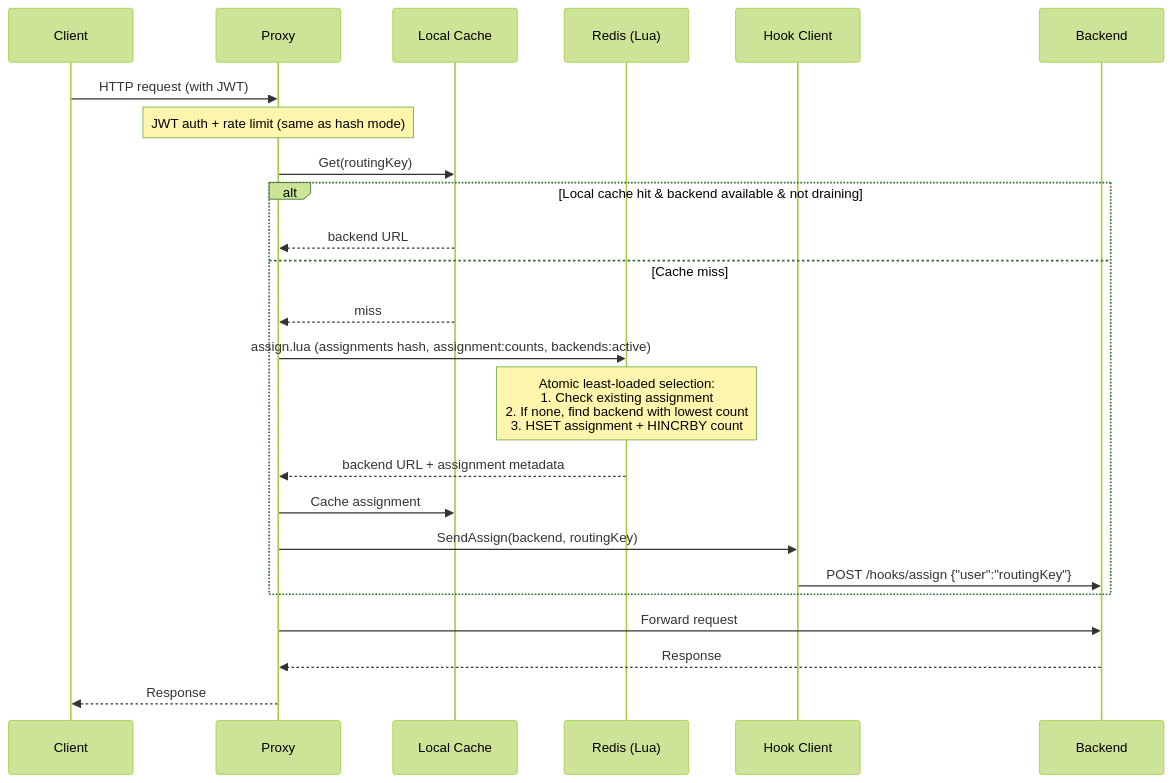
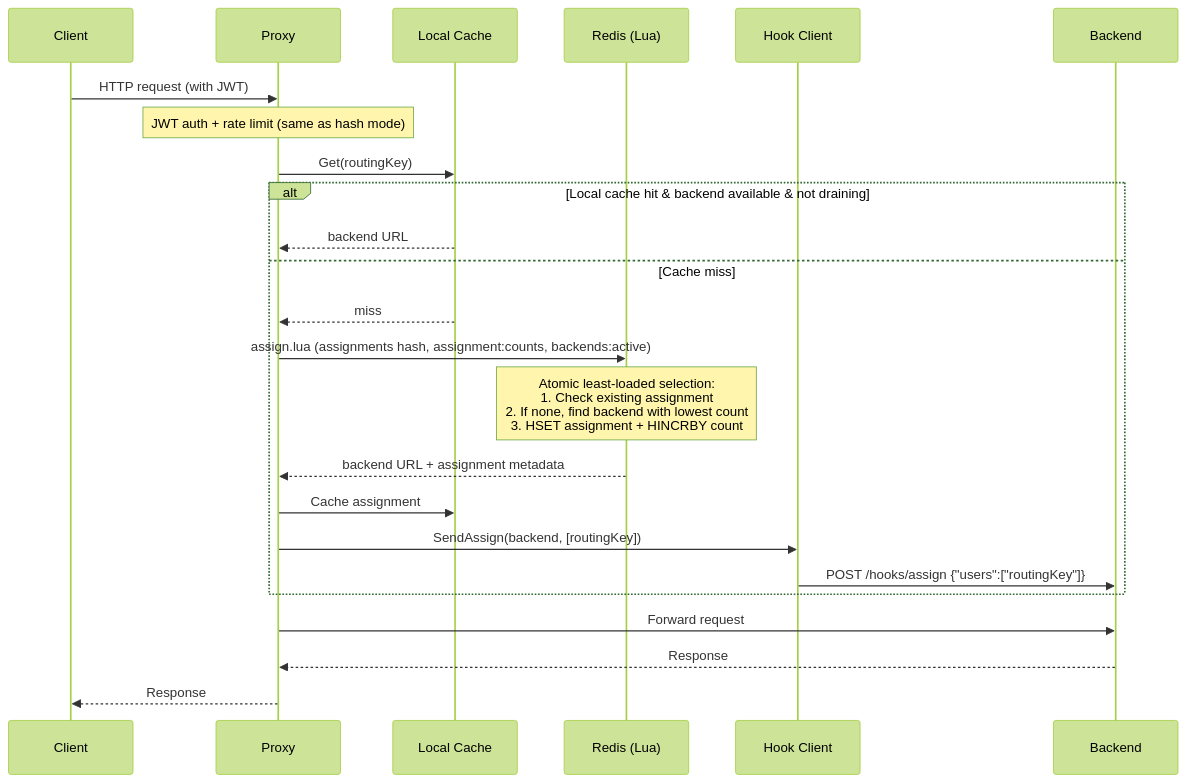
The fourth of 10 diagrams in README.md (awesome-net-dev/sticky-proxy), drawn with Mermaid (forest theme) before and after one commit. The commit also changed other lines of this file and 5 other files, not shown here.

````diff
--- a/README.md
+++ b/README.md
@@ -155,29 +155,29 @@
 ```mermaid
 sequenceDiagram
     participant C as Client
     participant P as Proxy
     participant LC as Local Cache
     participant R as Redis (Lua)
     participant HK as Hook Client
     participant B as Backend
 
     C->>P: HTTP request (with JWT)
     Note over P: JWT auth + rate limit (same as hash mode)
 
     P->>LC: Get(routingKey)
     alt Local cache hit & backend available & not draining
         LC-->>P: backend URL
     else Cache miss
         LC-->>P: miss
         P->>R: assign.lua (assignments hash, assignment:counts, backends:active)
         Note over R: Atomic least-loaded selection:<br/>1. Check existing assignment<br/>2. If none, find backend with lowest count<br/>3. HSET assignment + HINCRBY count
         R-->>P: backend URL + assignment metadata
         P->>LC: Cache assignment
-        P->>HK: SendAssign(backend, routingKey)
-        HK->>B: POST /hooks/assign {"user":"routingKey"}
+        P->>HK: SendAssign(backend, [routingKey])
+        HK->>B: POST /hooks/assign {"users":["routingKey"]}
     end
 
     P->>B: Forward request
     B-->>P: Response
     P-->>C: Response
 ```
````
